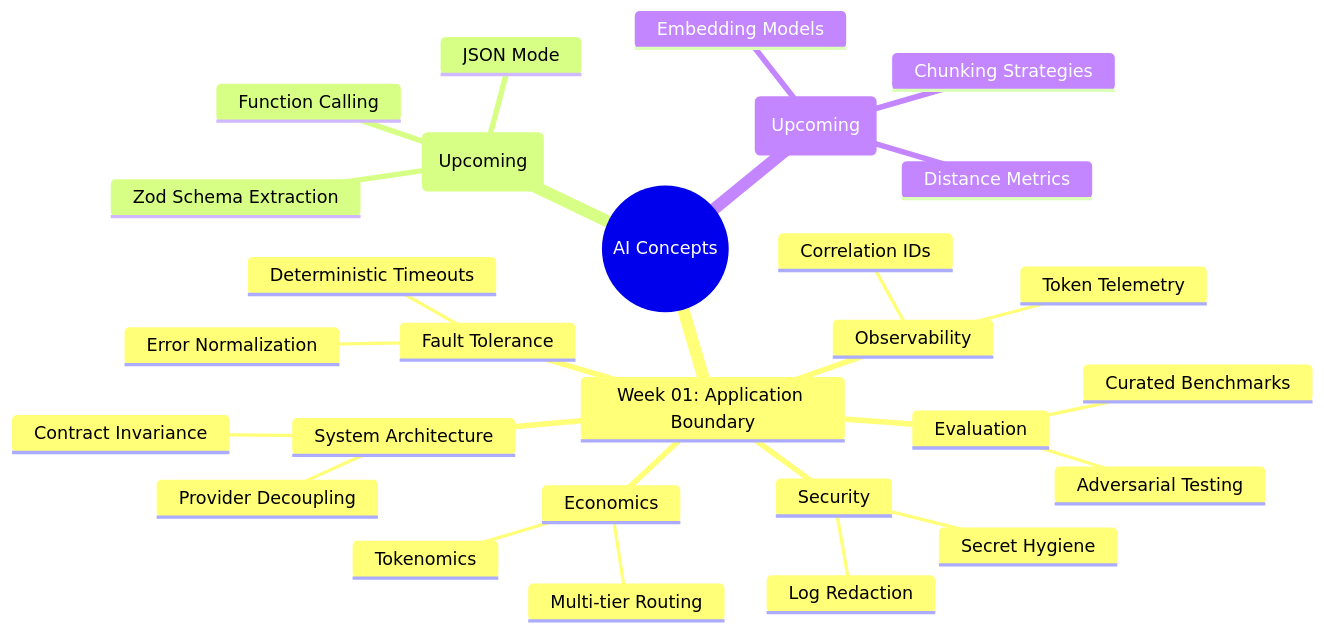
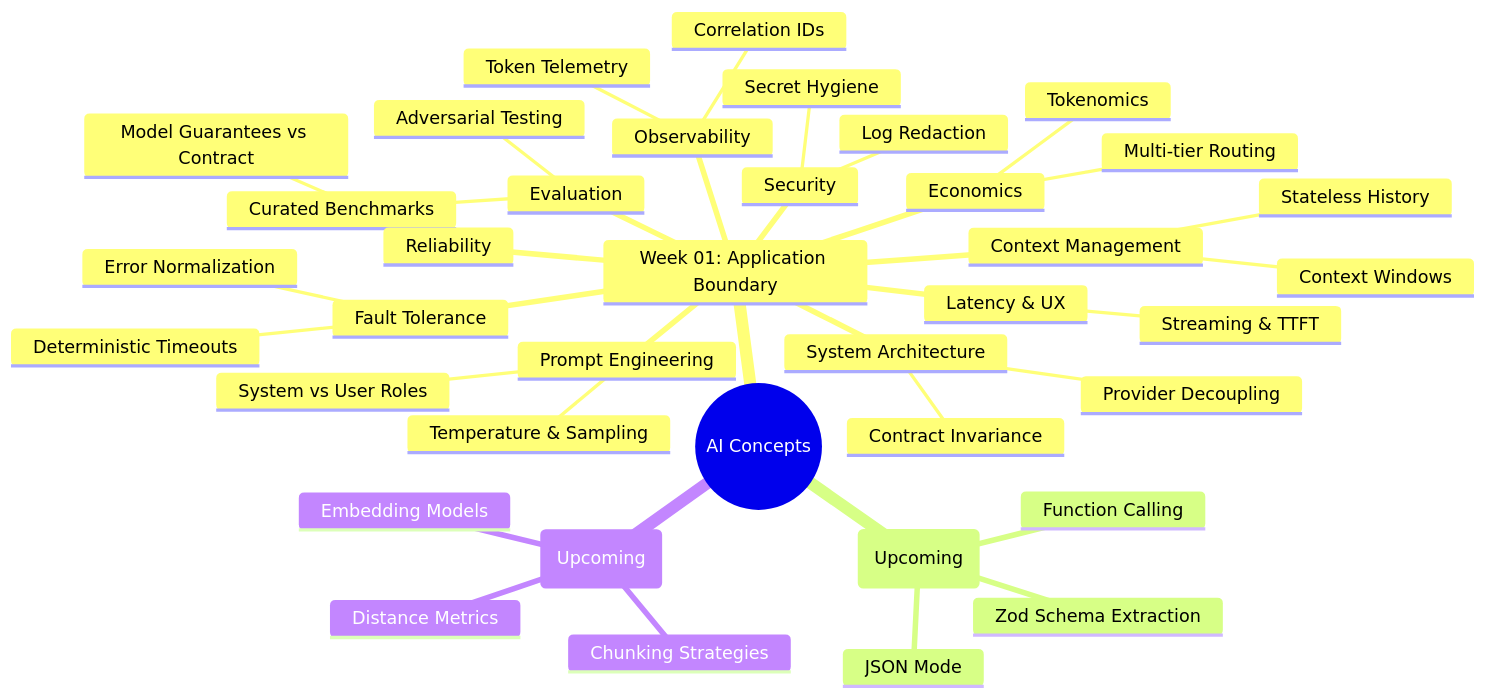
The second of 2 diagrams in docs/AI_CONCEPTS_KNOWLEDGE_BASE.md (trhv/ai-engineering-roadmap), drawn with Mermaid before and after one commit. The commit also changed other lines of this file and 3 other files, not shown here.

````diff
--- a/docs/AI_CONCEPTS_KNOWLEDGE_BASE.md
+++ b/docs/AI_CONCEPTS_KNOWLEDGE_BASE.md
@@ -332,31 +568,41 @@
 ```mermaid
 mindmap
   root((AI Concepts))
     Week 01: Application Boundary
       System Architecture
         Provider Decoupling
         Contract Invariance
       Fault Tolerance
         Deterministic Timeouts
         Error Normalization
       Security
         Secret Hygiene
         Log Redaction
       Economics
         Tokenomics
         Multi-tier Routing
       Observability
         Correlation IDs
         Token Telemetry
       Evaluation
         Curated Benchmarks
         Adversarial Testing
+      Prompt Engineering
+        Temperature & Sampling
+        System vs User Roles
+      Context Management
+        Context Windows
+        Stateless History
+      Latency & UX
+        Streaming & TTFT
+      Reliability
+        Model Guarantees vs Contract
     Week 02: Structured Outputs (Upcoming)
       JSON Mode
       Zod Schema Extraction
       Function Calling
     Week 03: Vector Search (Upcoming)
       Embedding Models
       Distance Metrics
       Chunking Strategies
 ```
````
